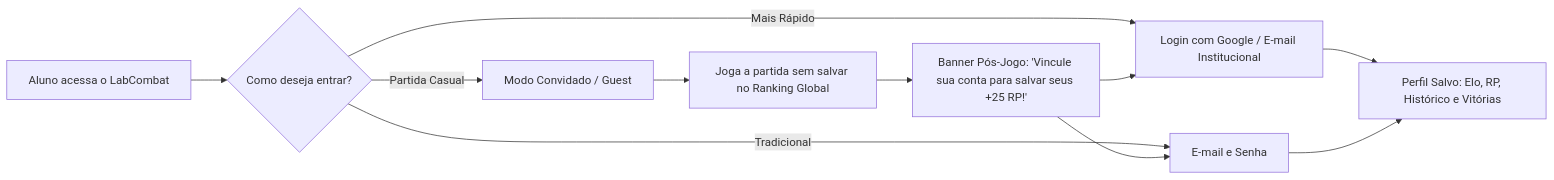
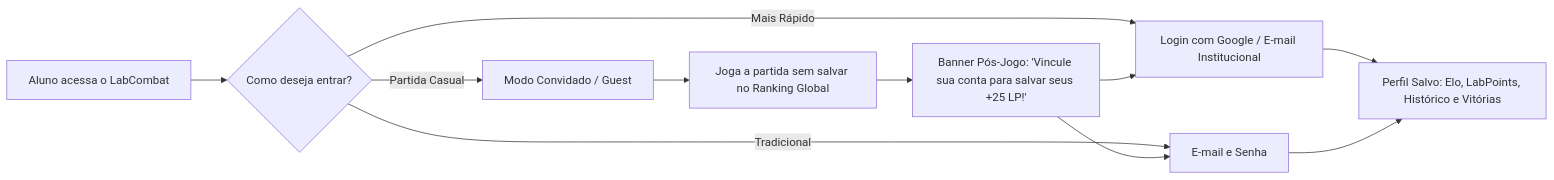
One commit to GGnzr/labcombat changed the second of 2 diagrams in PLANO_DE_IMPLEMENTACAO.md. Above: the diagram before and after it, drawn with Mermaid. The commit also changed other lines of this file and 1 other file, not shown here.

Commit message:
docs: sincroniza AGENTS.md e PLANO_DE_IMPLEMENTACAO.md com todas as mudancas da sessao (LabPoints, regras de combate GM, modais separados, uid visitante)

````diff
--- a/PLANO_DE_IMPLEMENTACAO.md
+++ b/PLANO_DE_IMPLEMENTACAO.md
@@ -228,14 +228,14 @@
 ```mermaid
 flowchart LR
     A[Aluno acessa o LabCombat] --> Choice{Como deseja entrar?}
     Choice -->|Mais Rápido| Google[Login com Google / E-mail Institucional]
     Choice -->|Tradicional| Email[E-mail e Senha]
     Choice -->|Partida Casual| Guest[Modo Convidado / Guest]
     
-    Google --> Profile[Perfil Salvo: Elo, RP, Histórico e Vitórias]
+    Google --> Profile[Perfil Salvo: Elo, LabPoints, Histórico e Vitórias]
     Email --> Profile
     Guest --> TempMatch[Joga a partida sem salvar no Ranking Global]
-    TempMatch --> ConvertPrompt[Banner Pós-Jogo: 'Vincule sua conta para salvar seus +25 RP!']
+    TempMatch --> ConvertPrompt[Banner Pós-Jogo: 'Vincule sua conta para salvar seus +25 LP!']
     ConvertPrompt --> Google
     ConvertPrompt --> Email
 ```
````
